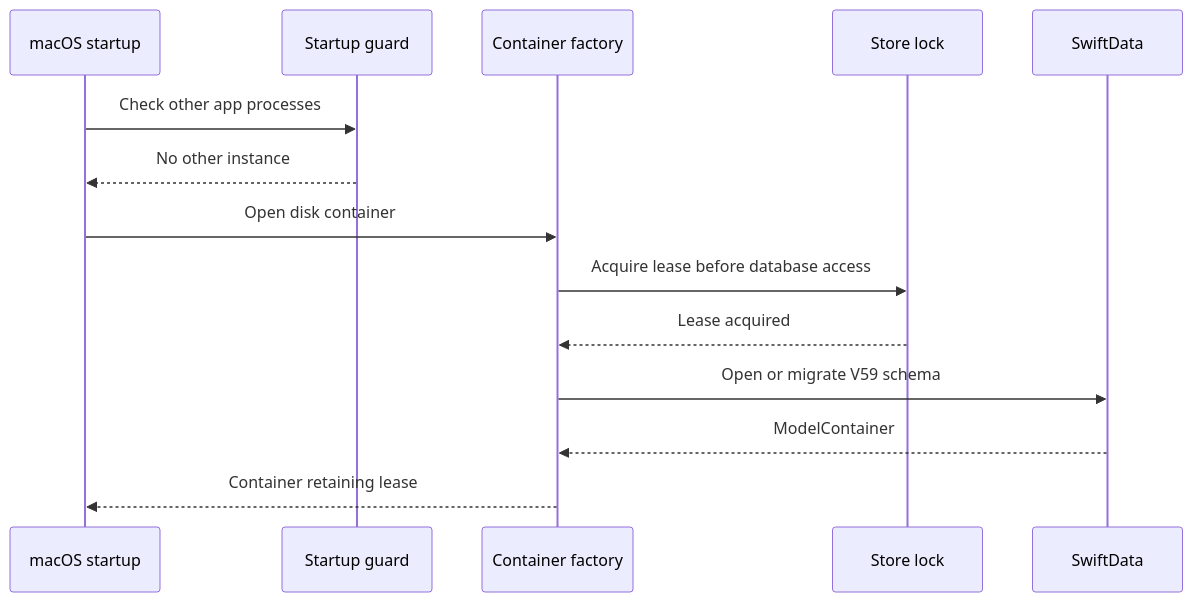
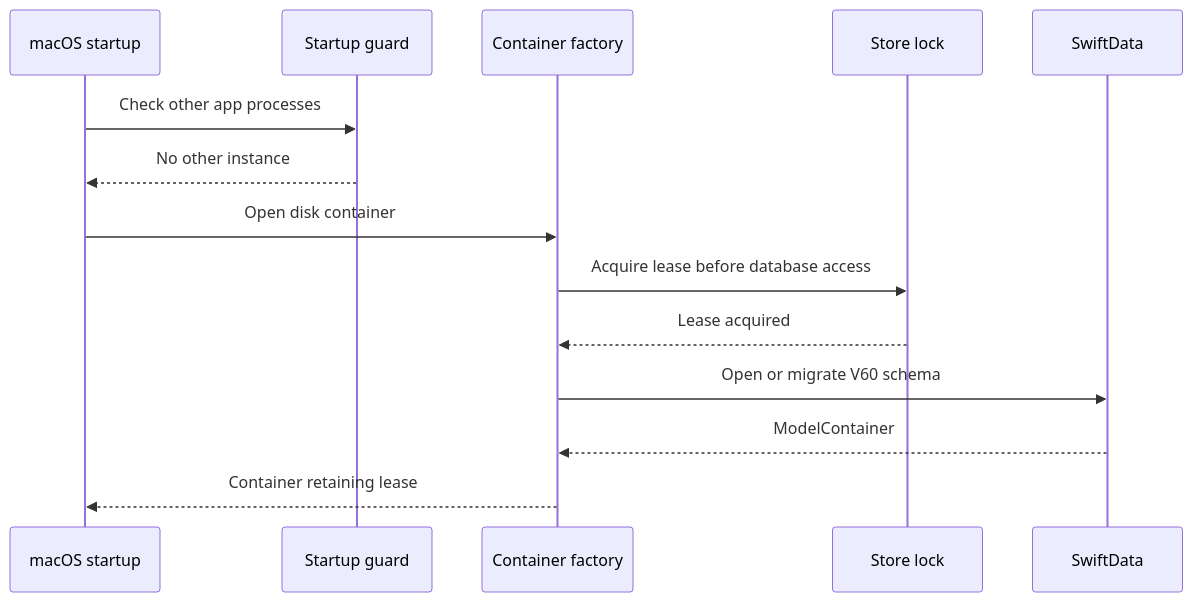
One commit to AkinoKaede/Termind changed the second of 5 diagrams in openwiki/testing/behavioral-boundaries-and-fixtures.md. Above: the diagram before and after it, drawn with Mermaid. The commit also changed other lines of this file and 51 other files, not shown here.

````diff
--- a/openwiki/testing/behavioral-boundaries-and-fixtures.md
+++ b/openwiki/testing/behavioral-boundaries-and-fixtures.md
@@ -246,16 +270,16 @@
 ```mermaid
 sequenceDiagram
     participant App as macOS startup
     participant Guard as Startup guard
     participant Factory as Container factory
     participant Lock as Store lock
     participant DB as SwiftData
     App->>Guard: Check other app processes
     Guard-->>App: No other instance
     App->>Factory: Open disk container
     Factory->>Lock: Acquire lease before database access
     Lock-->>Factory: Lease acquired
-    Factory->>DB: Open or migrate V59 schema
+    Factory->>DB: Open or migrate V60 schema
     DB-->>Factory: ModelContainer
     Factory-->>App: Container retaining lease
 ```
````
